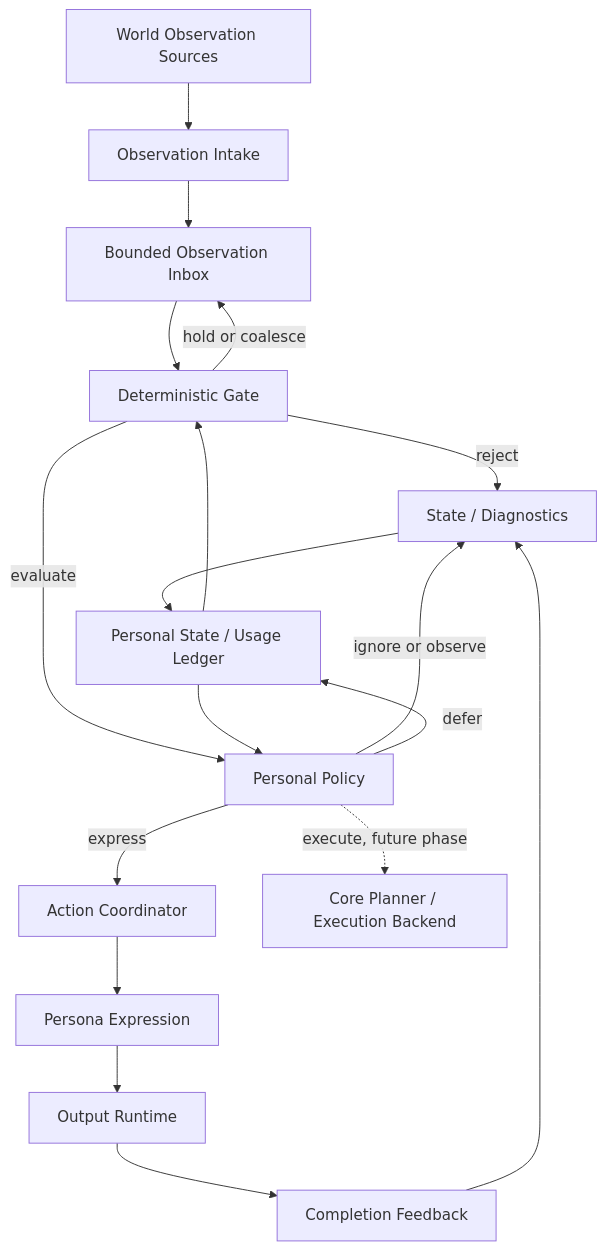
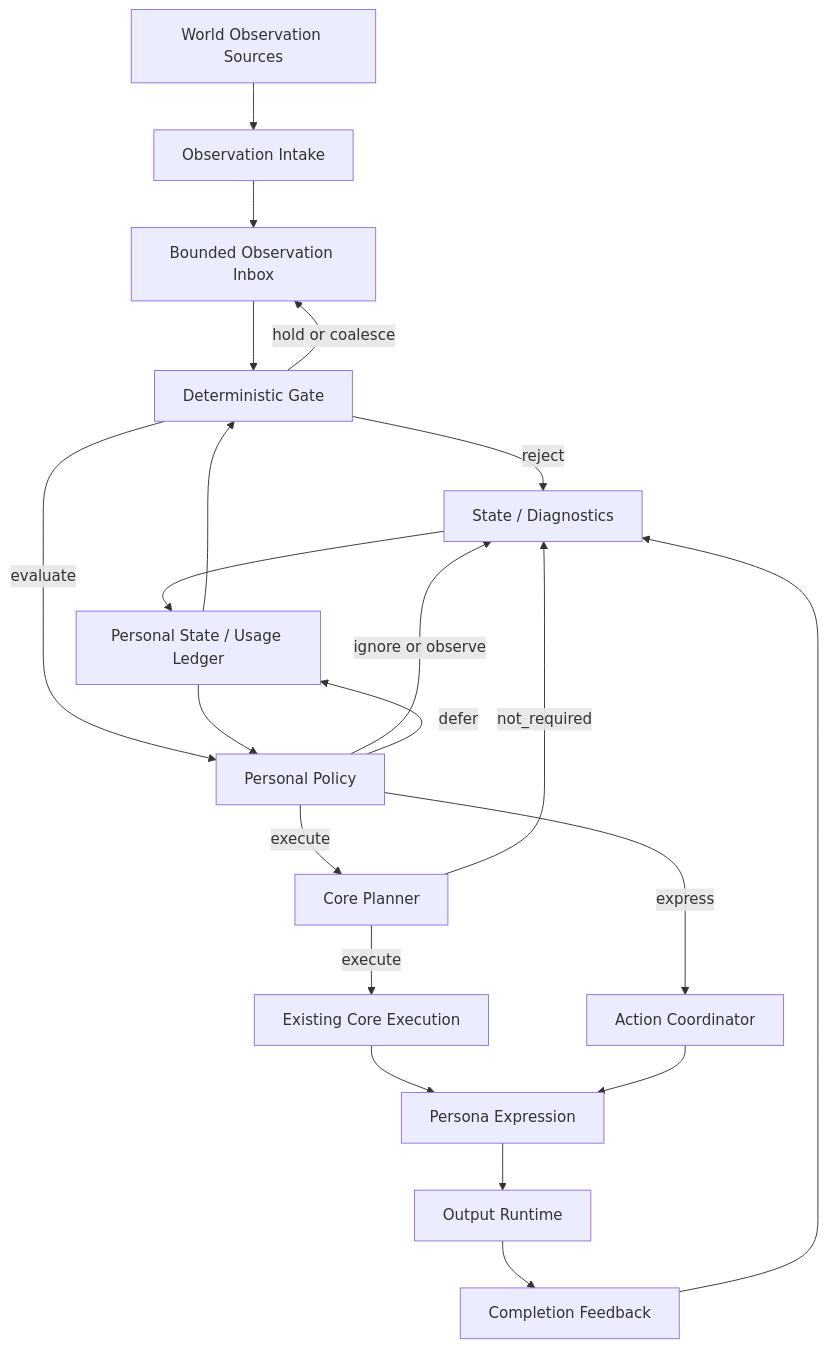
One commit to murphys7017/AG99 changed the diagram in docs/Yakumo/dev/autonomous-persona-runtime-initial-plan.md. Above: the diagram before and after it, drawn with Mermaid. The commit also changed other lines of this file and 28 other files, not shown here.

````diff
--- a/docs/Yakumo/dev/autonomous-persona-runtime-initial-plan.md
+++ b/docs/Yakumo/dev/autonomous-persona-runtime-initial-plan.md
@@ -86,20 +87,23 @@
 ```mermaid
 flowchart TD
     WORLD["World Observation Sources"] --> INTAKE["Observation Intake"]
     INTAKE --> INBOX["Bounded Observation Inbox"]
     INBOX --> GATE["Deterministic Gate"]
     GATE -->|reject| FEEDBACK["State / Diagnostics"]
     GATE -->|hold or coalesce| INBOX
     GATE -->|evaluate| POLICY["Personal Policy"]
     POLICY -->|ignore or observe| FEEDBACK
     POLICY -->|defer| STATE
     POLICY -->|express| ACTION["Action Coordinator"]
-    POLICY -.->|execute, future phase| PLANNER["Core Planner / Execution Backend"]
+    POLICY -->|execute| PLANNER["Core Planner"]
+    PLANNER -->|not_required| FEEDBACK
+    PLANNER -->|execute| CORE["Existing Core Execution"]
+    CORE --> PERSONA
     ACTION --> PERSONA["Persona Expression"]
     PERSONA --> OUTPUT["Output Runtime"]
     OUTPUT --> COMPLETION["Completion Feedback"]
     COMPLETION --> FEEDBACK
     FEEDBACK --> STATE["Personal State / Usage Ledger"]
     STATE --> GATE
     STATE --> POLICY
 ```
````
